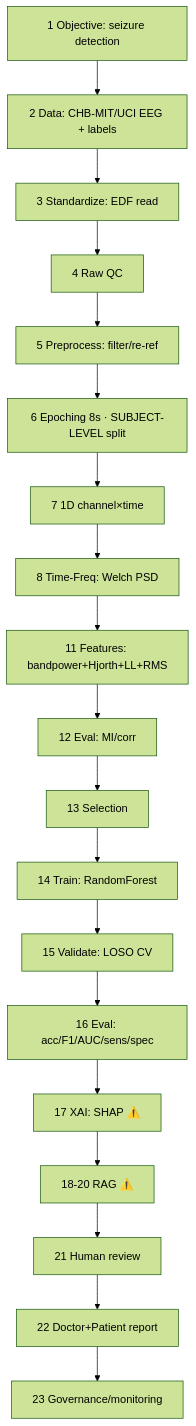
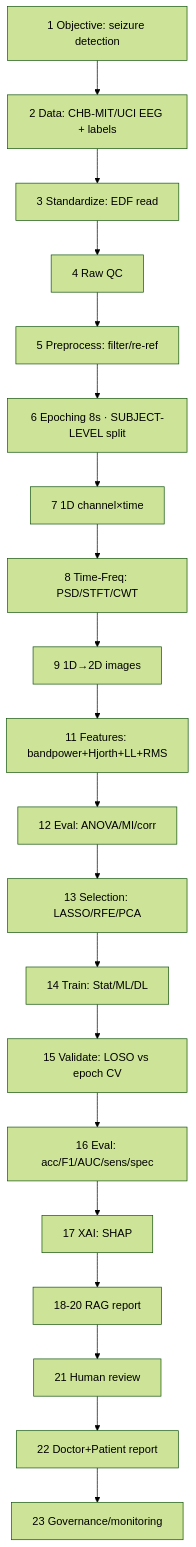
Before and after one commit to PraveenAsthana123/epilepsypaper: the diagram in ARCHITECTURE.md, drawn with Mermaid (forest theme). The commit also changed other lines of this file and 22 other files, not shown here.

First line of the commit message:
feat: full 23-step pipeline — multi-model benchmark + time-freq + RAG + governance

````diff
--- a/ARCHITECTURE.md
+++ b/ARCHITECTURE.md
@@ -10,11 +12,11 @@
 ```mermaid
 graph TD
   S1[1 Objective: seizure detection] --> S2[2 Data: CHB-MIT/UCI EEG + labels]
   S2 --> S3[3 Standardize: EDF read] --> S4[4 Raw QC] --> S5[5 Preprocess: filter/re-ref]
   S5 --> S6[6 Epoching 8s · SUBJECT-LEVEL split] --> S7[7 1D channel×time]
-  S7 --> S8[8 Time-Freq: Welch PSD] --> S11[11 Features: bandpower+Hjorth+LL+RMS]
-  S11 --> S12[12 Eval: MI/corr] --> S13[13 Selection] --> S14[14 Train: RandomForest]
-  S14 --> S15[15 Validate: LOSO CV] --> S16[16 Eval: acc/F1/AUC/sens/spec]
-  S16 --> S17[17 XAI: SHAP ⚠️] --> S18[18-20 RAG ⚠️] --> S21[21 Human review]
+  S7 --> S8[8 Time-Freq: PSD/STFT/CWT] --> S9[9 1D→2D images] --> S11[11 Features: bandpower+Hjorth+LL+RMS]
+  S11 --> S12[12 Eval: ANOVA/MI/corr] --> S13[13 Selection: LASSO/RFE/PCA] --> S14[14 Train: Stat/ML/DL]
+  S14 --> S15[15 Validate: LOSO vs epoch CV] --> S16[16 Eval: acc/F1/AUC/sens/spec]
+  S16 --> S17[17 XAI: SHAP] --> S18[18-20 RAG report] --> S21[21 Human review]
   S21 --> S22[22 Doctor+Patient report] --> S23[23 Governance/monitoring]
 ```
````
